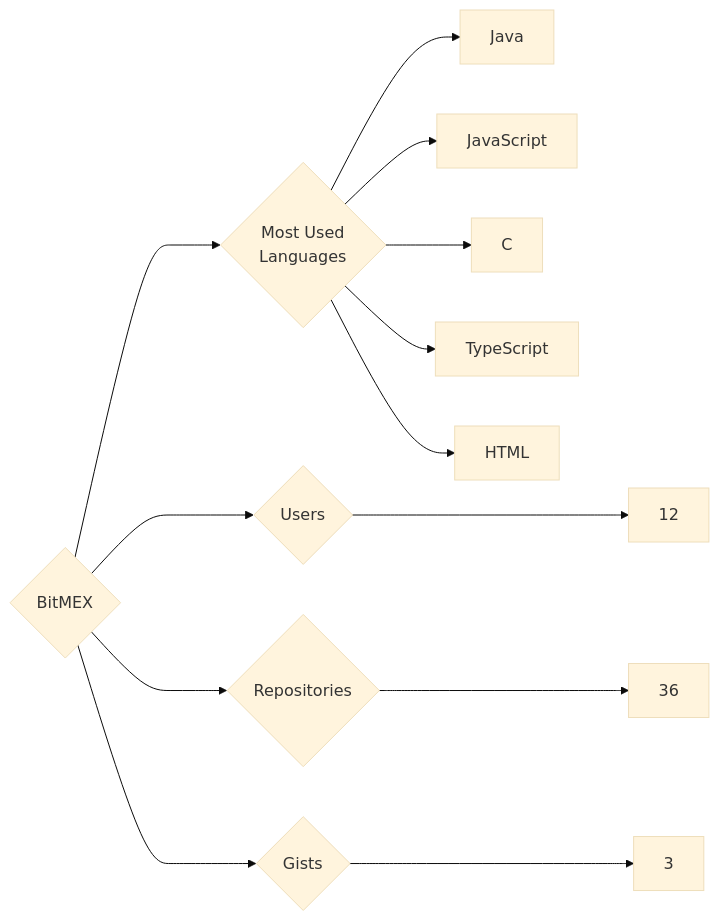
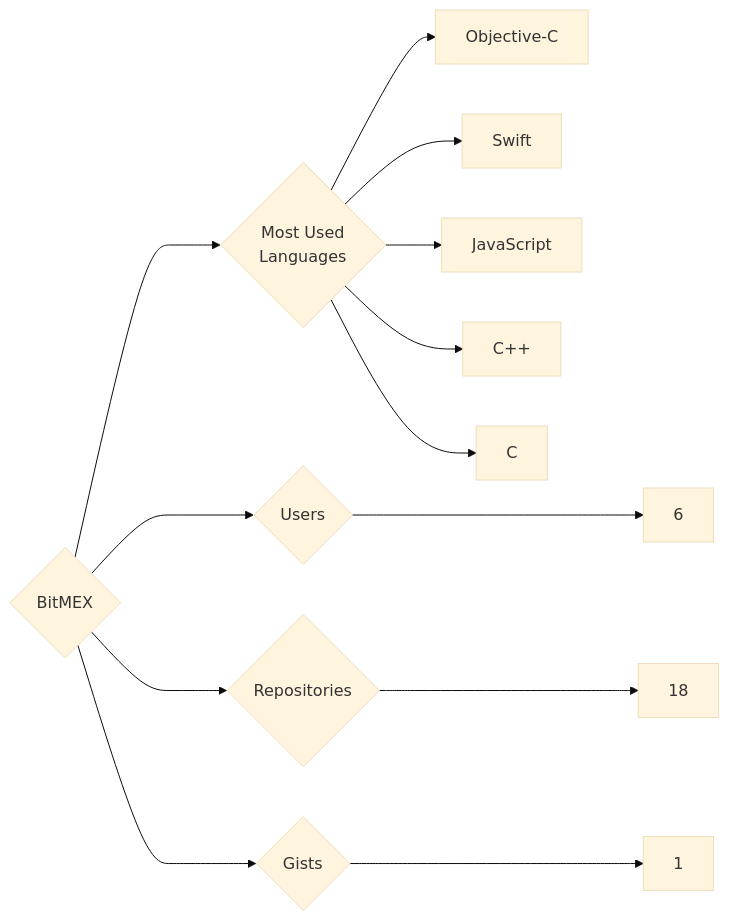
Before and after one commit to trickest/insiders: the diagram in targets/BitMEX/README.md, drawn with Mermaid (base theme). The commit also changed 914 other files, not shown here.

````diff
--- a/targets/BitMEX/README.md
+++ b/targets/BitMEX/README.md
@@ -3,13 +3,13 @@
 ```mermaid
 graph LR
 COMPANY_NAME{BitMEX}
-COMPANY_NAME ---> U{Users} ---> UN[12]
-COMPANY_NAME ---> R{Repositories} ---> RN[36]
-COMPANY_NAME ---> G{Gists} ---> GN[3]
+COMPANY_NAME ---> U{Users} ---> UN[6]
+COMPANY_NAME ---> R{Repositories} ---> RN[18]
+COMPANY_NAME ---> G{Gists} ---> GN[1]
 COMPANY_NAME ---> ML{Most Used<br>Languages}
-ML --> Java[Java]
+ML --> Objective-C[Objective-C]
+ML --> Swift[Swift]
 ML --> JavaScript[JavaScript]
+ML --> C++[C++]
 ML --> C[C]
-ML --> TypeScript[TypeScript]
-ML --> HTML[HTML]
 ```
````
